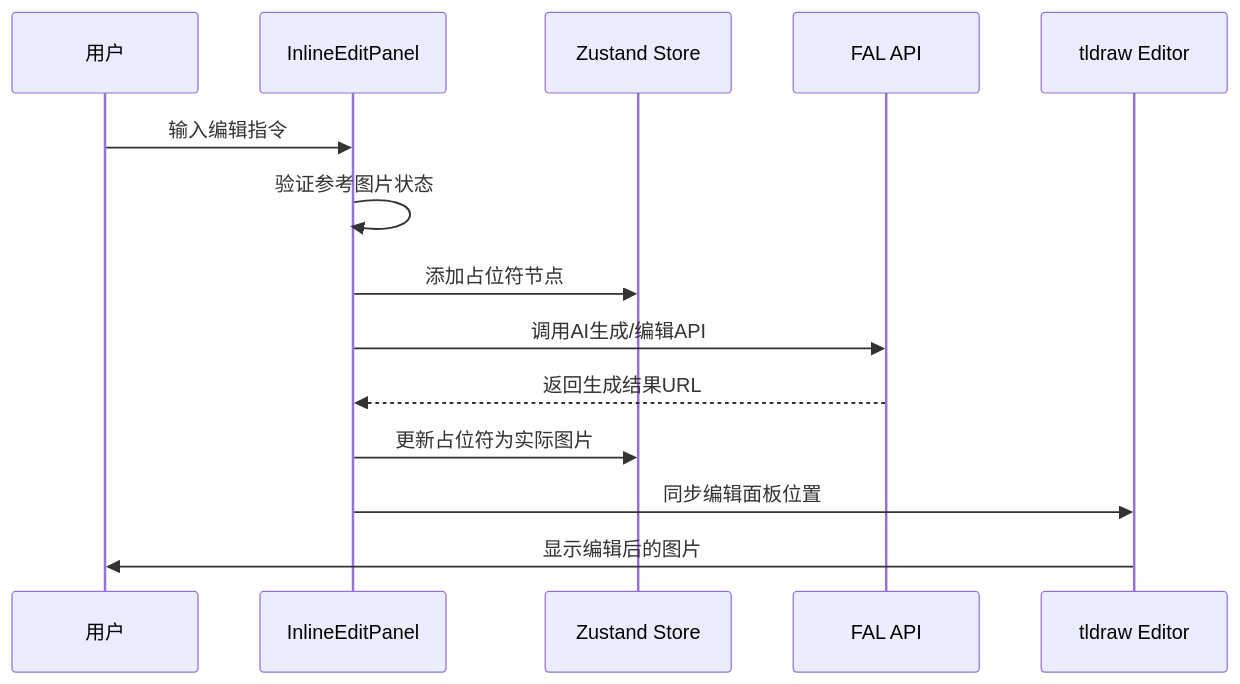
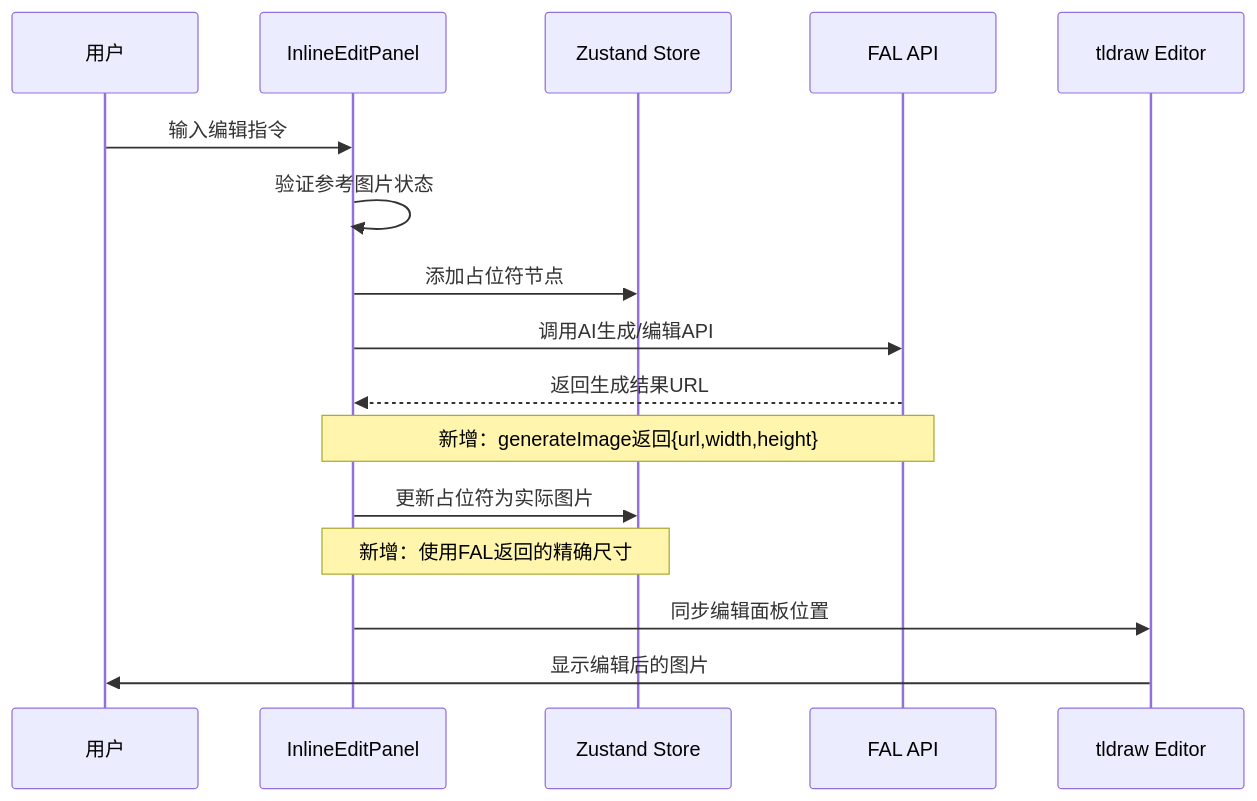
The fifth of 25 diagrams in .qoder/repowiki/zh/content/核心功能模块/画布交互系统.md (billye220670/BananaFlow2), drawn with Mermaid before and after one commit. The commit also changed other lines of this file and 4 other files, not shown here.

Commit message:
将过渡逻辑中的 width/height 来源从旧 shape props 改为 item.width / item.height（即 FAL API 返回的实际比例），同时保留旧 shape 的位置(x, y)不变。

````diff
--- a/.qoder/repowiki/zh/content/核心功能模块/画布交互系统.md
+++ b/.qoder/repowiki/zh/content/核心功能模块/画布交互系统.md
@@ -260,16 +265,18 @@
 ```mermaid
 sequenceDiagram
 participant User as 用户
 participant Panel as InlineEditPanel
 participant Store as Zustand Store
 participant FAL as FAL API
 participant Editor as tldraw Editor
 User->>Panel : 输入编辑指令
 Panel->>Panel : 验证参考图片状态
 Panel->>Store : 添加占位符节点
 Panel->>FAL : 调用AI生成/编辑API
 FAL-->>Panel : 返回生成结果URL
+Note over Panel,FAL : 新增：generateImage返回{url,width,height}
 Panel->>Store : 更新占位符为实际图片
+Note over Panel,Store : 新增：使用FAL返回的精确尺寸
 Panel->>Editor : 同步编辑面板位置
 Editor->>User : 显示编辑后的图片
 ```
````
